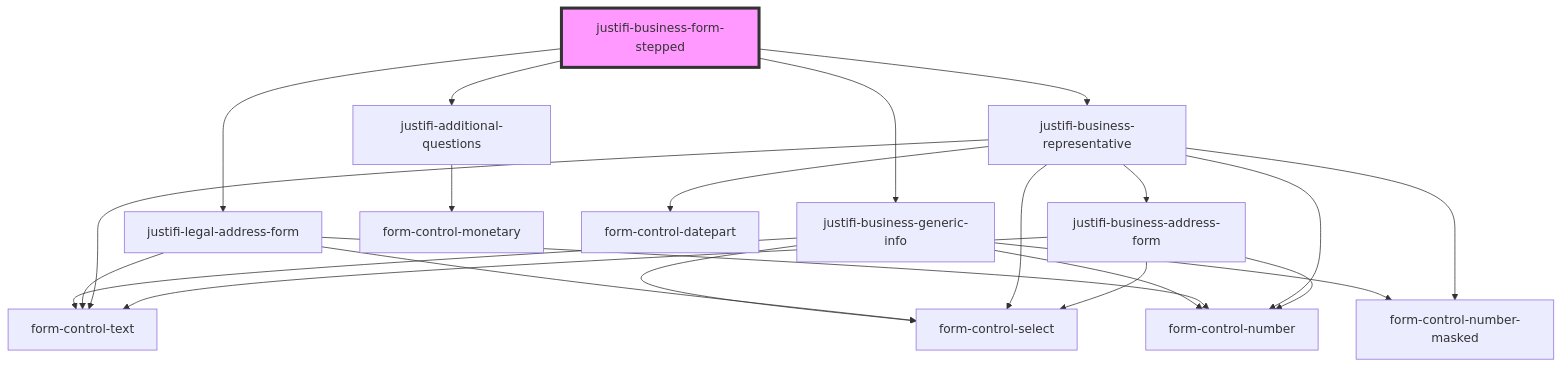
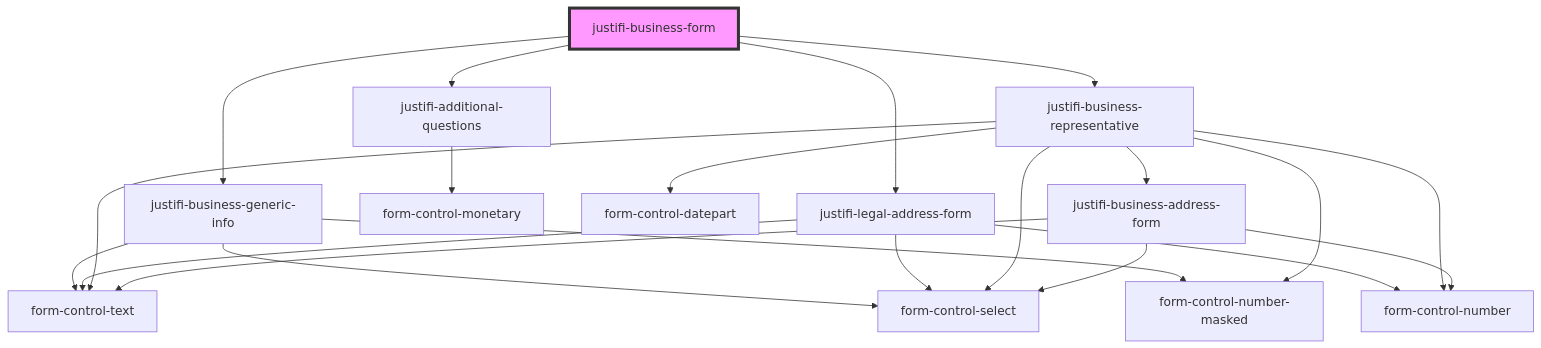
The diagram in packages/webcomponents/src/components/business-form/readme.md (justifi-tech/web-component-library), drawn with Mermaid before and after one commit. The commit also changed other lines of this file and 33 other files, not shown here.

Commit message:
Separate business-form-stepped into new directory, delete unused schema files

````diff
--- a/packages/webcomponents/src/components/business-form/readme.md
+++ b/packages/webcomponents/src/components/business-form/readme.md
@@ -28,25 +35,24 @@
 ```mermaid
 graph TD;
-  justifi-business-form-stepped --> justifi-business-generic-info
-  justifi-business-form-stepped --> justifi-legal-address-form
-  justifi-business-form-stepped --> justifi-additional-questions
-  justifi-business-form-stepped --> justifi-business-representative
+  justifi-business-form --> justifi-business-generic-info
+  justifi-business-form --> justifi-legal-address-form
+  justifi-business-form --> justifi-additional-questions
+  justifi-business-form --> justifi-business-representative
   justifi-business-generic-info --> form-control-text
   justifi-business-generic-info --> form-control-select
-  justifi-business-generic-info --> form-control-number
   justifi-business-generic-info --> form-control-number-masked
   justifi-legal-address-form --> form-control-text
   justifi-legal-address-form --> form-control-number
   justifi-legal-address-form --> form-control-select
   justifi-additional-questions --> form-control-monetary
   justifi-business-representative --> form-control-text
   justifi-business-representative --> form-control-select
   justifi-business-representative --> form-control-number-masked
   justifi-business-representative --> form-control-datepart
   justifi-business-representative --> form-control-number
   justifi-business-representative --> justifi-business-address-form
   justifi-business-address-form --> form-control-text
   justifi-business-address-form --> form-control-select
   justifi-business-address-form --> form-control-number
-  style justifi-business-form-stepped fill:#f9f,stroke:#333,stroke-width:4px
+  style justifi-business-form fill:#f9f,stroke:#333,stroke-width:4px
 ```
````
